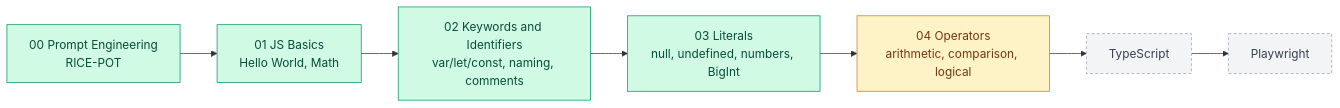
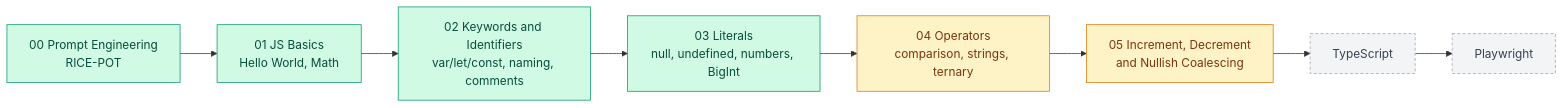
The first of 23 diagrams in README.md (Bhavya39481/LearnJSTSPlaywright), drawn with Mermaid before and after one commit. The commit also changed other lines of this file, not shown here.

````diff
--- a/README.md
+++ b/README.md
@@ -48,13 +51,14 @@
 ```mermaid
 flowchart LR
     C0["00 Prompt Engineering<br/>RICE-POT"]:::done --> C1["01 JS Basics<br/>Hello World, Math"]:::done
     C1 --> C2["02 Keywords and Identifiers<br/>var/let/const, naming, comments"]:::done
     C2 --> C3["03 Literals<br/>null, undefined, numbers, BigInt"]:::done
-    C3 --> C4["04 Operators<br/>arithmetic, comparison, logical"]:::progress
-    C4 --> TS["TypeScript"]:::planned
+    C3 --> C4["04 Operators<br/>comparison, strings, ternary"]:::progress
+    C4 --> C5["05 Increment, Decrement<br/>and Nullish Coalescing"]:::progress
+    C5 --> TS["TypeScript"]:::planned
     TS --> PW["Playwright"]:::planned
 
     classDef done fill:#d1fae5,stroke:#059669,color:#064e3b
     classDef progress fill:#fef3c7,stroke:#d97706,color:#78350f
     classDef planned fill:#f3f4f6,stroke:#9ca3af,color:#374151,stroke-dasharray: 4 3
 ```
````
